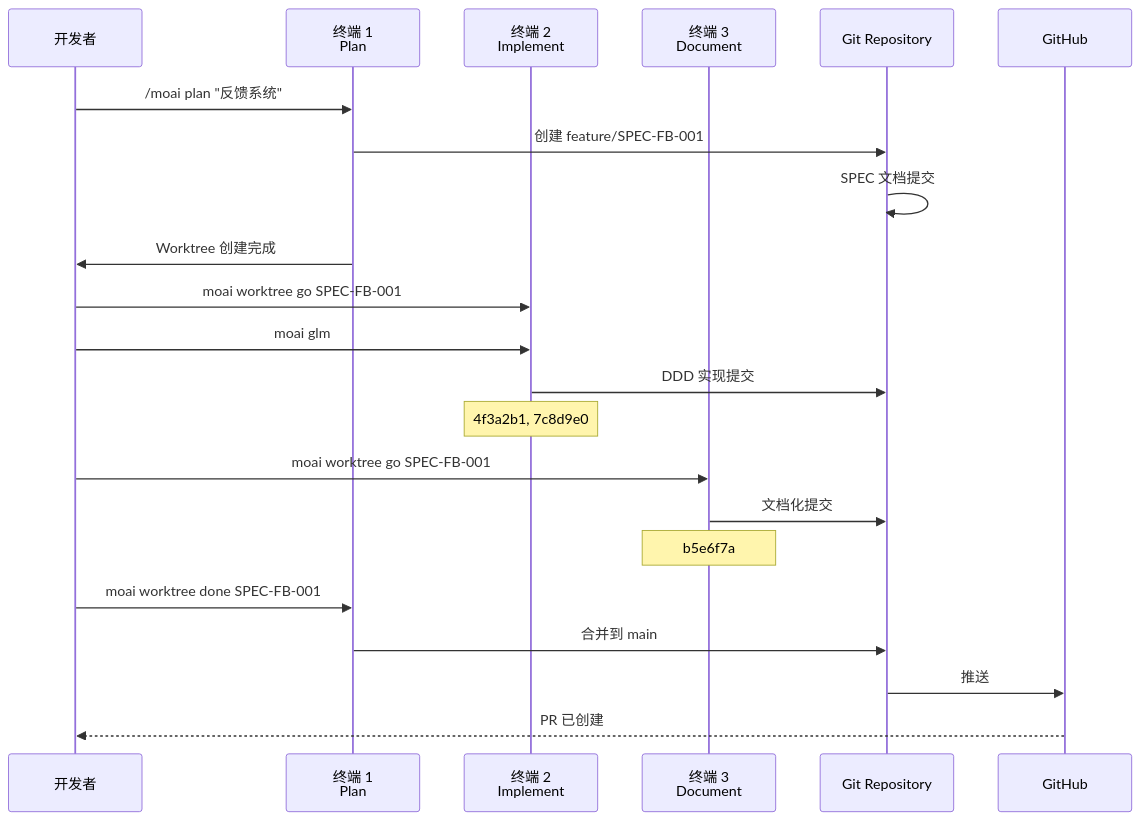
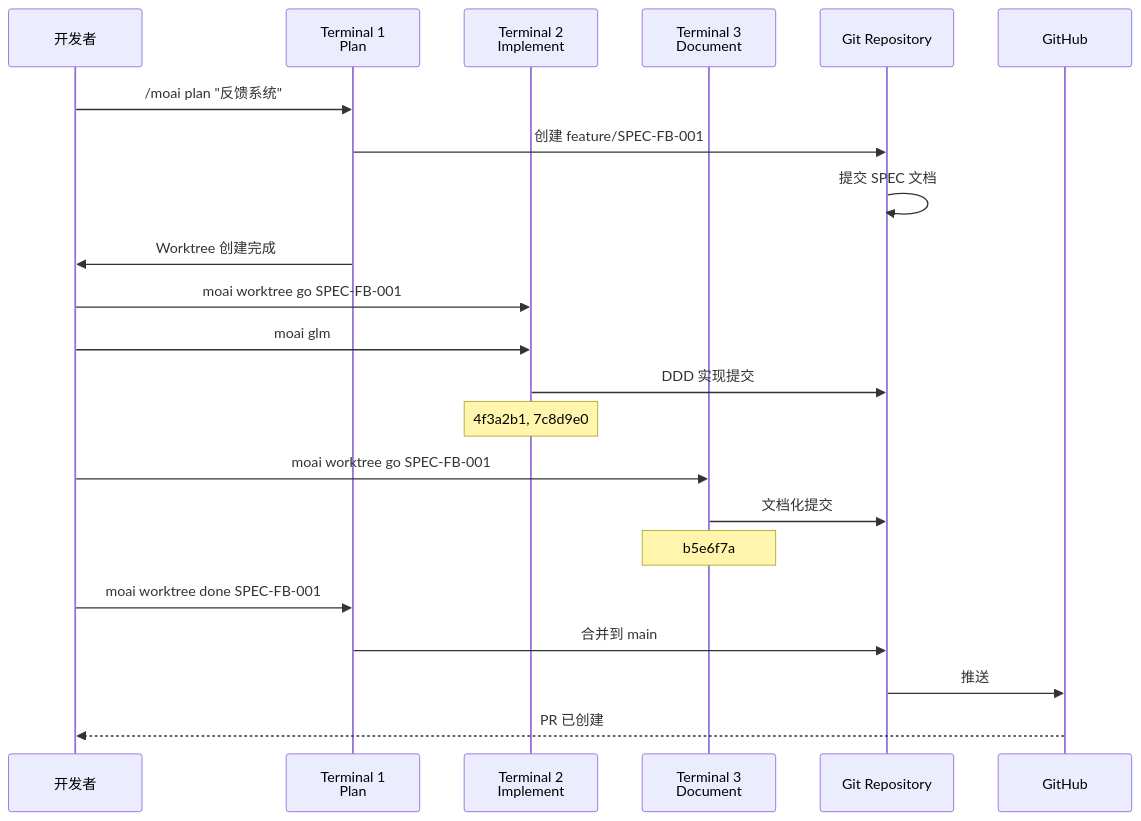
The fourth of 4 diagrams in mirrors/repos/modu-ai@moai-adk/docs-site/content/zh/worktree/examples.md (gabrielmoreira/agent-skills-mirror), drawn with Mermaid before and after one commit. The commit also changed other lines of this file and 2470 other files, not shown here.

````diff
--- a/mirrors/repos/modu-ai@moai-adk/docs-site/content/zh/worktree/examples.md
+++ b/mirrors/repos/modu-ai@moai-adk/docs-site/content/zh/worktree/examples.md
@@ -483,28 +490,28 @@
 ```mermaid
 sequenceDiagram
     participant Dev as 开发者
-    participant T1 as 终端 1<br/>Plan
-    participant T2 as 终端 2<br/>Implement
-    participant T3 as 终端 3<br/>Document
+    participant T1 as Terminal 1<br/>Plan
+    participant T2 as Terminal 2<br/>Implement
+    participant T3 as Terminal 3<br/>Document
     participant Git as Git Repository
     participant Remote as GitHub
 
     Dev->>T1: /moai plan "反馈系统"
     T1->>Git: 创建 feature/SPEC-FB-001
-    Git->>Git: SPEC 文档提交
+    Git->>Git: 提交 SPEC 文档
     T1->>Dev: Worktree 创建完成
 
     Dev->>T2: moai worktree go SPEC-FB-001
     Dev->>T2: moai glm
     T2->>Git: DDD 实现提交
     Note over T2: 4f3a2b1, 7c8d9e0
 
     Dev->>T3: moai worktree go SPEC-FB-001
     T3->>Git: 文档化提交
     Note over T3: b5e6f7a
 
     Dev->>T1: moai worktree done SPEC-FB-001
     T1->>Git: 合并到 main
     Git->>Remote: 推送
     Remote-->>Dev: PR 已创建
 ```
````
